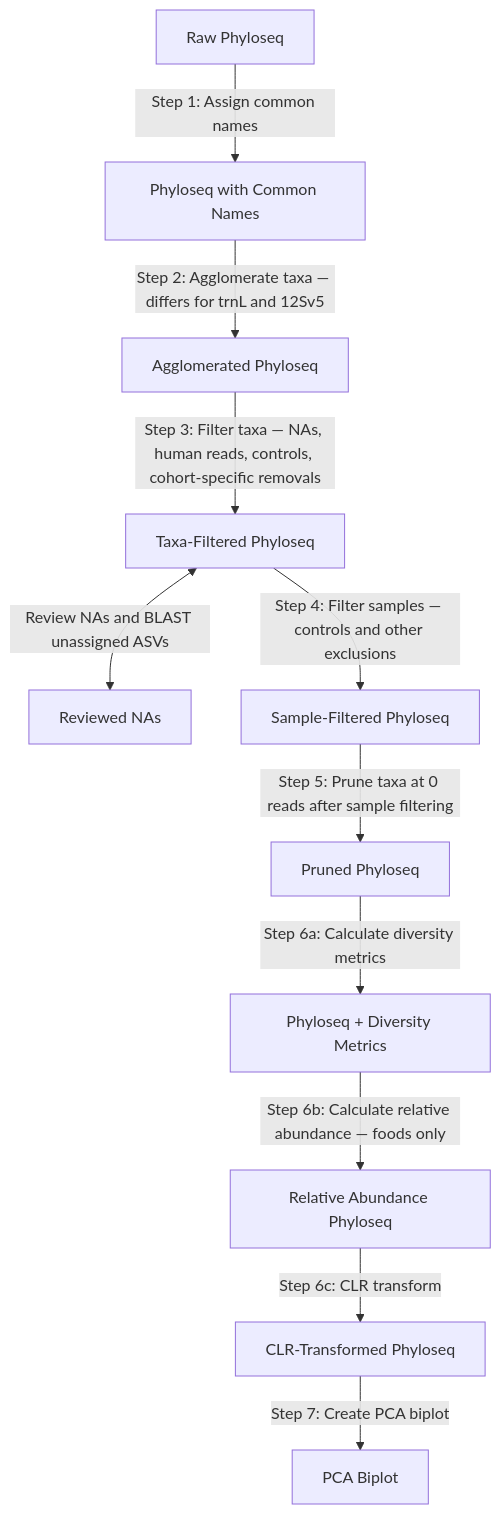
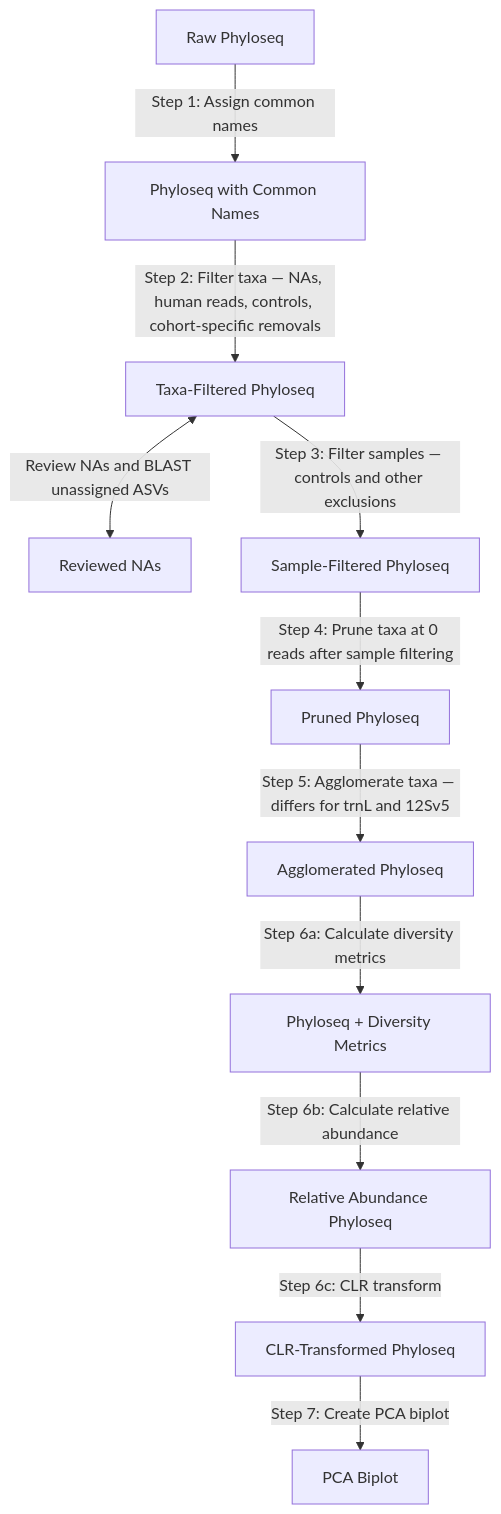
One commit to LAD-LAB/lad-lab.github.io changed the diagram in docs/processing.md. Above: the diagram before and after it, drawn with Mermaid.

Commit message:
Reorder processing steps in documentation
Changed order to be friendly with PCA projection

````diff
--- a/docs/processing.md
+++ b/docs/processing.md
@@ -5,13 +5,13 @@
 ``` mermaid
 graph TD
     A[Raw Phyloseq] -->|Step 1: Assign common names| B[Phyloseq with Common Names]
-    B -->|Step 2: Agglomerate taxa — differs for trnL and 12Sv5| C[Agglomerated Phyloseq]
-    C -->|Step 3: Filter taxa — NAs, human reads, controls, cohort-specific removals| D[Taxa-Filtered Phyloseq]
-    D <-->|Review NAs and BLAST unassigned ASVs| R[Reviewed NAs]
-    D -->|Step 4: Filter samples — controls and other exclusions| E[Sample-Filtered Phyloseq]
-    E -->|Step 5: Prune taxa at 0 reads after sample filtering| F[Pruned Phyloseq]
+    B -->|Step 2: Filter taxa — NAs, human reads, controls, cohort-specific removals| C[Taxa-Filtered Phyloseq]
+    C <-->|Review NAs and BLAST unassigned ASVs| R[Reviewed NAs]
+    C -->|Step 3: Filter samples — controls and other exclusions| D[Sample-Filtered Phyloseq]
+    D -->|Step 4: Prune taxa at 0 reads after sample filtering| E[Pruned Phyloseq]
+    E -->|Step 5: Agglomerate taxa — differs for trnL and 12Sv5| F[Agglomerated Phyloseq]
     F -->|Step 6a: Calculate diversity metrics| G[Phyloseq + Diversity Metrics]
-    G -->|Step 6b: Calculate relative abundance — foods only| H[Relative Abundance Phyloseq]
+    G -->|Step 6b: Calculate relative abundance| H[Relative Abundance Phyloseq]
     H -->|Step 6c: CLR transform| I[CLR-Transformed Phyloseq]
     I -->|Step 7: Create PCA biplot| J[PCA Biplot]
 ```
````
